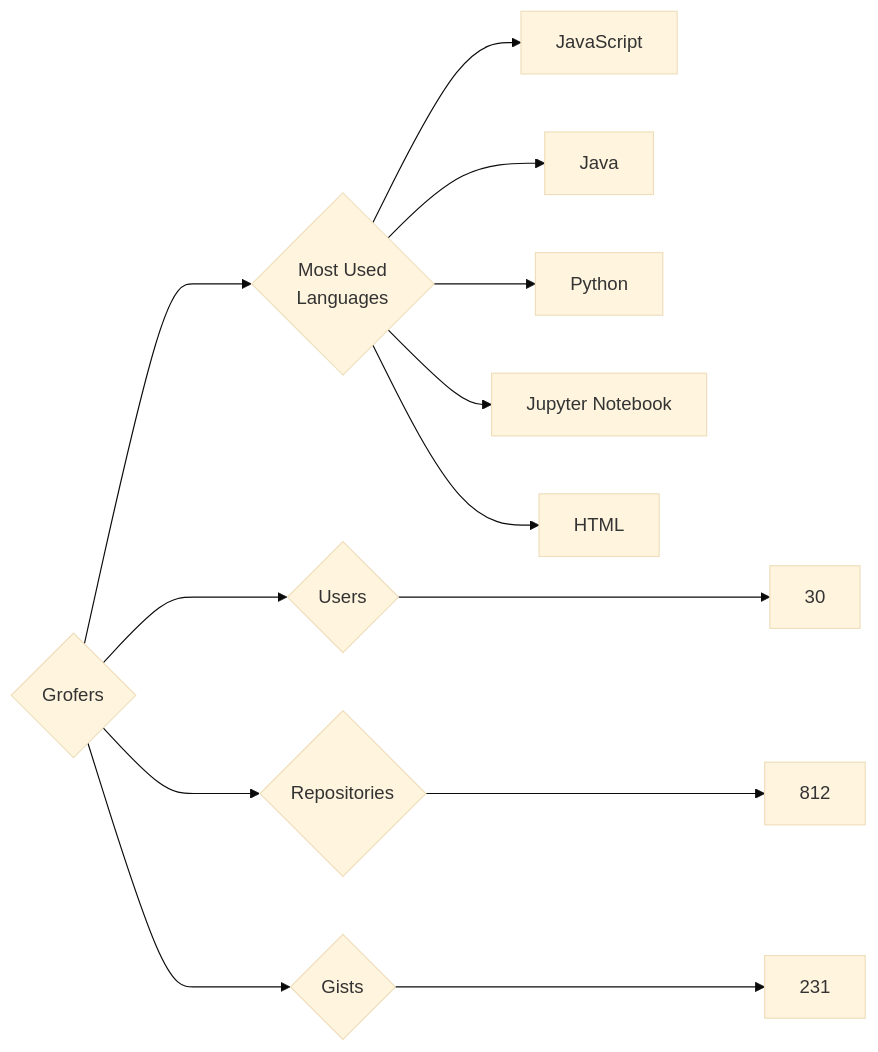
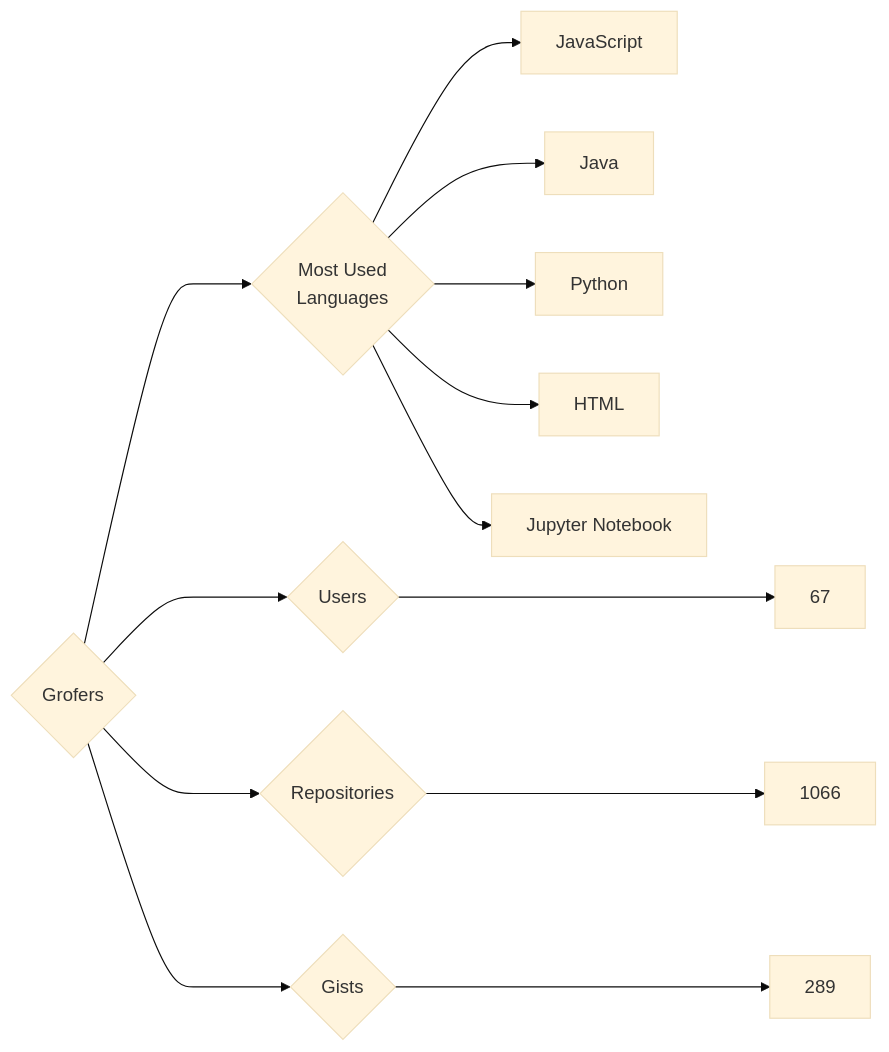
The diagram in targets/Grofers/README.md (trickest/insiders), drawn with Mermaid (base theme) before and after one commit. The commit also changed 891 other files, not shown here.

````diff
--- a/targets/Grofers/README.md
+++ b/targets/Grofers/README.md
@@ -3,13 +3,13 @@
 ```mermaid
 graph LR
 COMPANY_NAME{Grofers}
-COMPANY_NAME ---> U{Users} ---> UN[30]
-COMPANY_NAME ---> R{Repositories} ---> RN[812]
-COMPANY_NAME ---> G{Gists} ---> GN[231]
+COMPANY_NAME ---> U{Users} ---> UN[67]
+COMPANY_NAME ---> R{Repositories} ---> RN[1066]
+COMPANY_NAME ---> G{Gists} ---> GN[289]
 COMPANY_NAME ---> ML{Most Used<br>Languages}
 ML --> JavaScript[JavaScript]
 ML --> Java[Java]
 ML --> Python[Python]
+ML --> HTML[HTML]
 ML --> Jupyter_Notebook[Jupyter Notebook]
-ML --> HTML[HTML]
 ```
````
